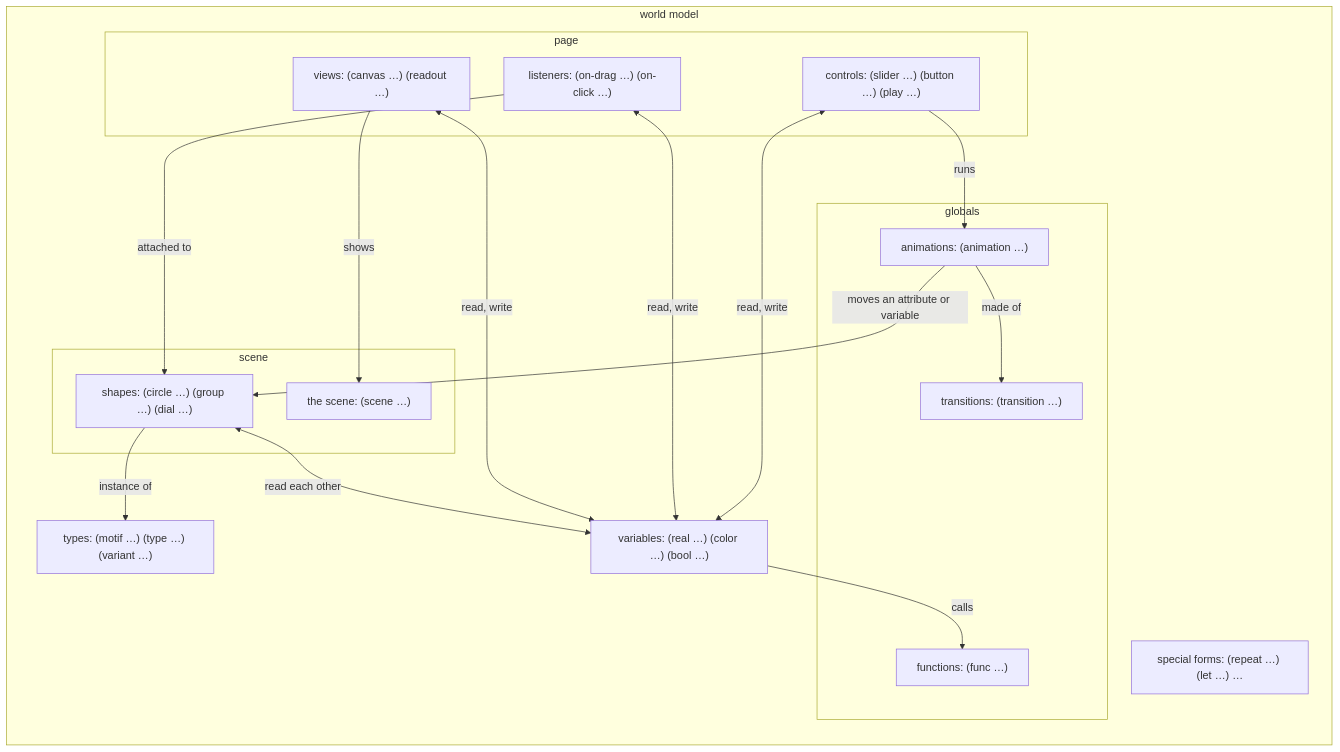
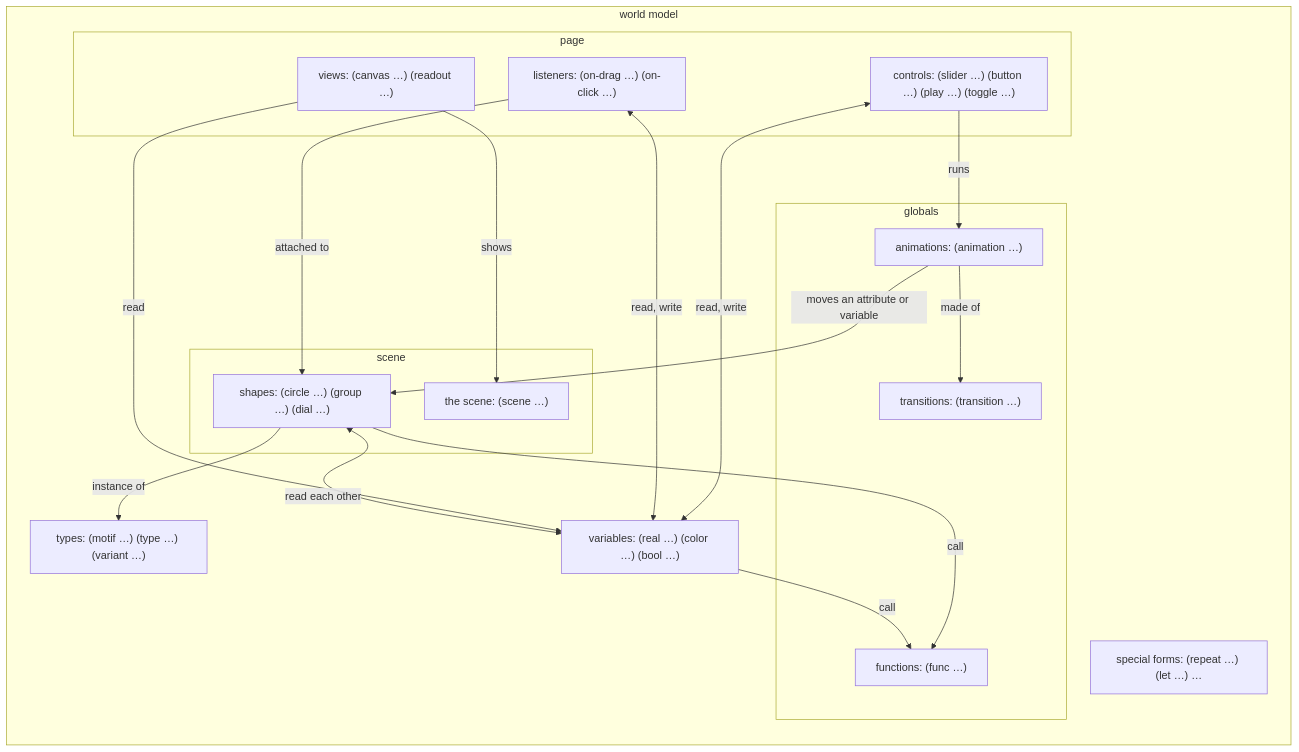
Before and after one commit to aris-pub/mathterpiece: the second of 3 diagrams in docs/data-model.md, drawn with Mermaid. The commit also changed other lines of this file and 5 other files, not shown here.

````diff
--- a/docs/data-model.md
+++ b/docs/data-model.md
@@ -57,31 +59,32 @@
 ```mermaid
 flowchart LR
   subgraph wm [world model]
     types["types: (motif …) (type …) (variant …)"]
     special["special forms: (repeat …) (let …) …"]
     subgraph scene
       sc["the scene: (scene …)"]
       shapes["shapes: (circle …) (group …) (dial …)"]
     end
     vars["variables: (real …) (color …) (bool …)"]
     subgraph globals
       funcs["functions: (func …)"]
       trans["transitions: (transition …)"]
       anims["animations: (animation …)"]
     end
     subgraph page
       views["views: (canvas …) (readout …)"]
       listeners["listeners: (on-drag …) (on-click …)"]
-      controls["controls: (slider …) (button …) (play …)"]
+      controls["controls: (slider …) (button …) (play …) (toggle …)"]
     end
   end
   shapes -->|instance of| types
   shapes <-->|read each other| vars
-  vars -->|calls| funcs
+  vars & shapes -->|call| funcs
   anims -->|made of| trans
   anims -->|moves an attribute or variable| shapes
   controls -->|runs| anims
   listeners -->|attached to| shapes
   views -->|shows| sc
-  views & listeners & controls <-->|read, write| vars
+  views -->|read| vars
+  listeners & controls <-->|read, write| vars
 ```
````
